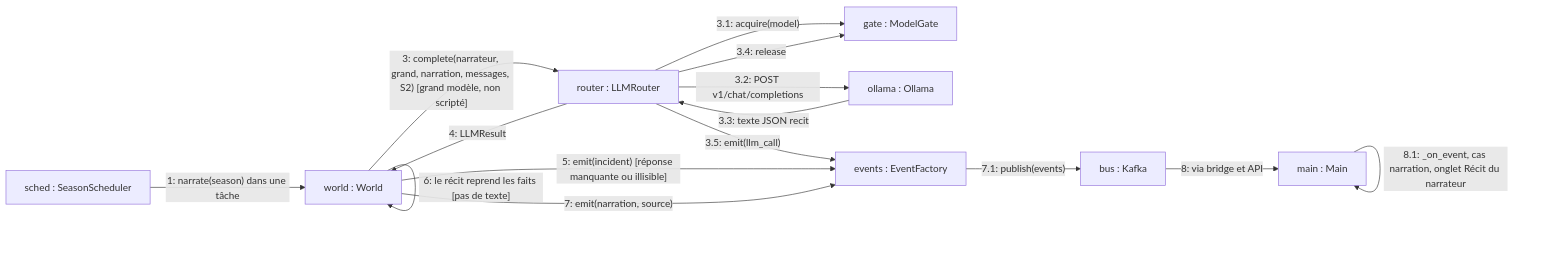
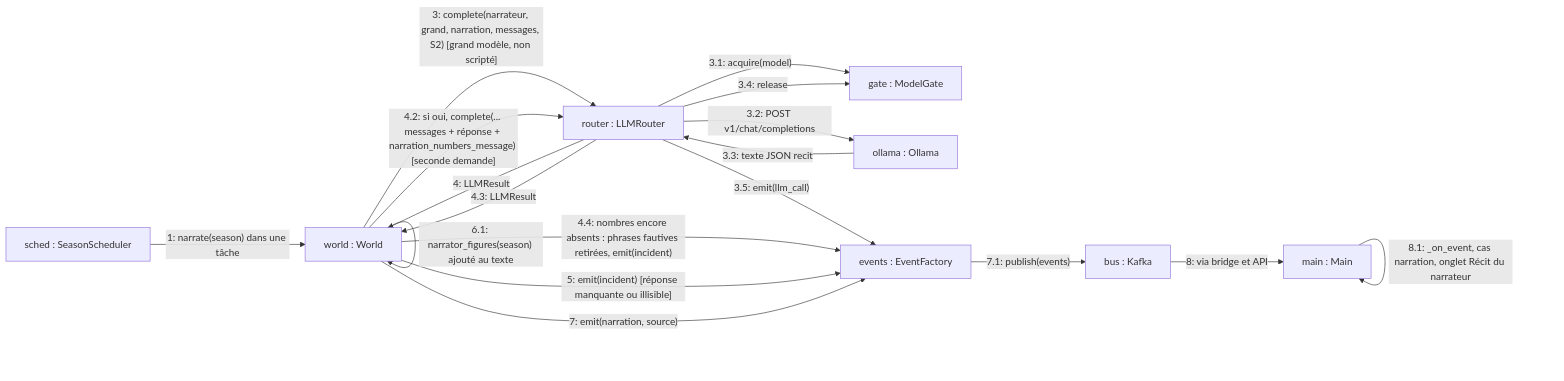
One commit to Romain-LM-Dev/Projet-Parcours---Filets-de-Vellmor changed diagram 13 of 15 in docs/uml/communication.md. Above: the diagram before and after it, drawn with Mermaid. The commit also changed other lines of this file and 16 other files, not shown here.

````diff
--- a/docs/uml/communication.md
+++ b/docs/uml/communication.md
@@ -473,27 +473,32 @@
 ```mermaid
 flowchart LR
     S["sched : SeasonScheduler"]
     W["world : World"]
     RT["router : LLMRouter"]
     GATE["gate : ModelGate"]
     OL["ollama : Ollama"]
     EF["events : EventFactory"]
     K["bus : Kafka"]
     M["main : Main"]
 
     S -->|"1: narrate(season) dans une tâche"| W
-    W -->|"2: narrator_facts(season, 14)"| W
+    W -->|"2: narrator_facts(season, 10)"| W
     W -->|"3: complete(narrateur, grand, narration, messages, S2) [grand modèle, non scripté]"| RT
     RT -->|"3.1: acquire(model)"| GATE
     RT -->|"3.2: POST v1/chat/completions"| OL
     OL -->|"3.3: texte JSON recit"| RT
     RT -->|"3.4: release"| GATE
     RT -->|"3.5: emit(llm_call)"| EF
     RT -->|"4: LLMResult"| W
+    W -->|"4.1: _invented_numbers(text, facts, season) : nombres absents des faits ?"| W
+    W -->|"4.2: si oui, complete(... messages + réponse + narration_numbers_message) [seconde demande]"| RT
+    RT -->|"4.3: LLMResult"| W
+    W -->|"4.4: nombres encore absents : phrases fautives retirées, emit(incident)"| EF
     W -->|"5: emit(incident) [réponse manquante ou illisible]"| EF
     W -->|"6: le récit reprend les faits [pas de texte]"| W
+    W -->|"6.1: narrator_figures(season) ajouté au texte"| W
     W -->|"7: emit(narration, source)"| EF
     EF -->|"7.1: publish(events)"| K
     K -->|"8: via bridge et API"| M
     M -->|"8.1: _on_event, cas narration, onglet Récit du narrateur"| M
 ```
````
